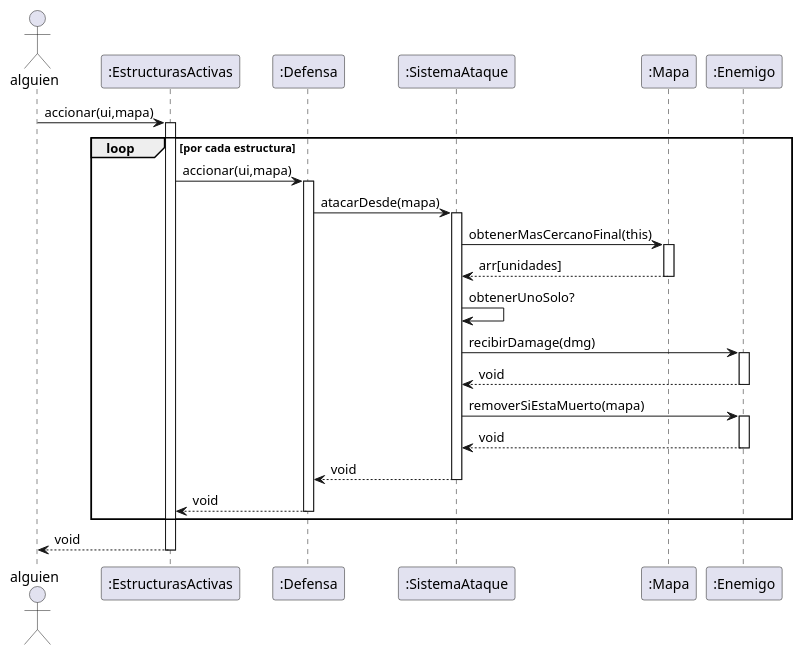
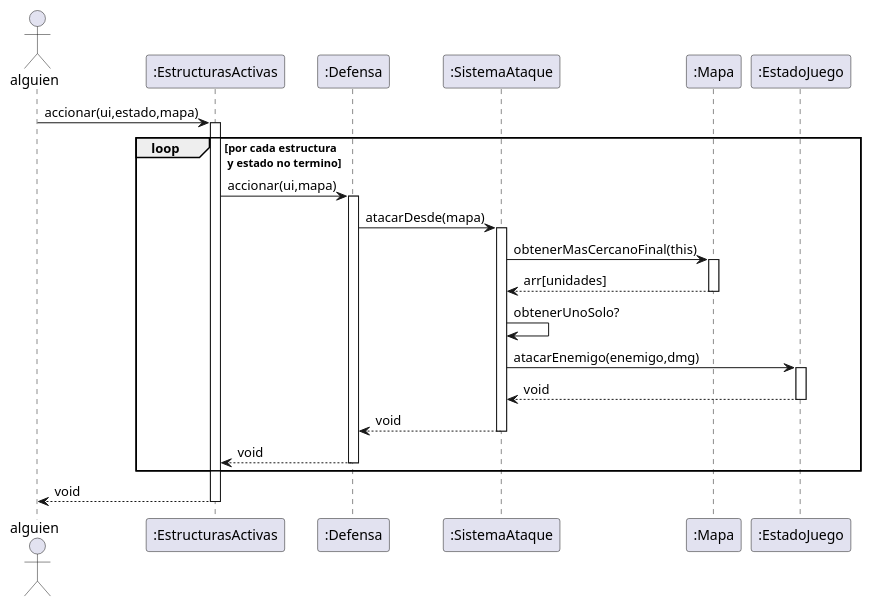
One commit to MarceloAgustinOrigoniGuillaume/Algo3_TP2_1C2023 changed the diagram in diagrams/sequences/propuestasMarcelo/defensas/ideaAtaqueEnemigo.puml. Above: the diagram before and after it, drawn with PlantUML. The commit also changed 12 other files, not shown here.

First line of the commit message:
update diagrama clases

```diff
--- a/diagrams/sequences/propuestasMarcelo/defensas/ideaAtaqueEnemigo.puml
+++ b/diagrams/sequences/propuestasMarcelo/defensas/ideaAtaqueEnemigo.puml
@@ -1,52 +1,46 @@
 @startuml
 
 Actor alguien as sis
 participant ":EstructurasActivas" as estr
 participant ":Defensa" as defe
 participant ":SistemaAtaque" as atk
 participant ":Mapa" as mapa
-participant ":Enemigo" as enemy
+participant ":EstadoJuego" as state
 
 
-sis->estr: accionar(ui,mapa)
+sis->estr: accionar(ui,estado,mapa)
 activate estr
 
-loop por cada estructura
+loop por cada estructura\n y estado no termino
 
 estr->defe : accionar(ui,mapa)
 activate defe
 
 defe->atk : atacarDesde(mapa)
 activate atk
 atk->mapa: obtenerMasCercanoFinal(this)
 activate mapa
 mapa-->atk: arr[unidades]
 deactivate mapa
 
 atk->atk: obtenerUnoSolo?
 
-atk->enemy: recibirDamage(dmg)
-activate enemy
-enemy-->atk: void
-deactivate enemy
-
-
-atk->enemy: removerSiEstaMuerto(mapa)
-activate enemy
-enemy-->atk: void
-deactivate enemy
+atk->state: atacarEnemigo(enemigo,dmg)
+activate state
+state-->atk: void
+deactivate state
 
 atk-->defe: void
 deactivate atk
 
 defe-->estr : void
 deactivate defe
 
 end
 
 
 estr-->sis: void
 deactivate estr
 
 
 @enduml
```
